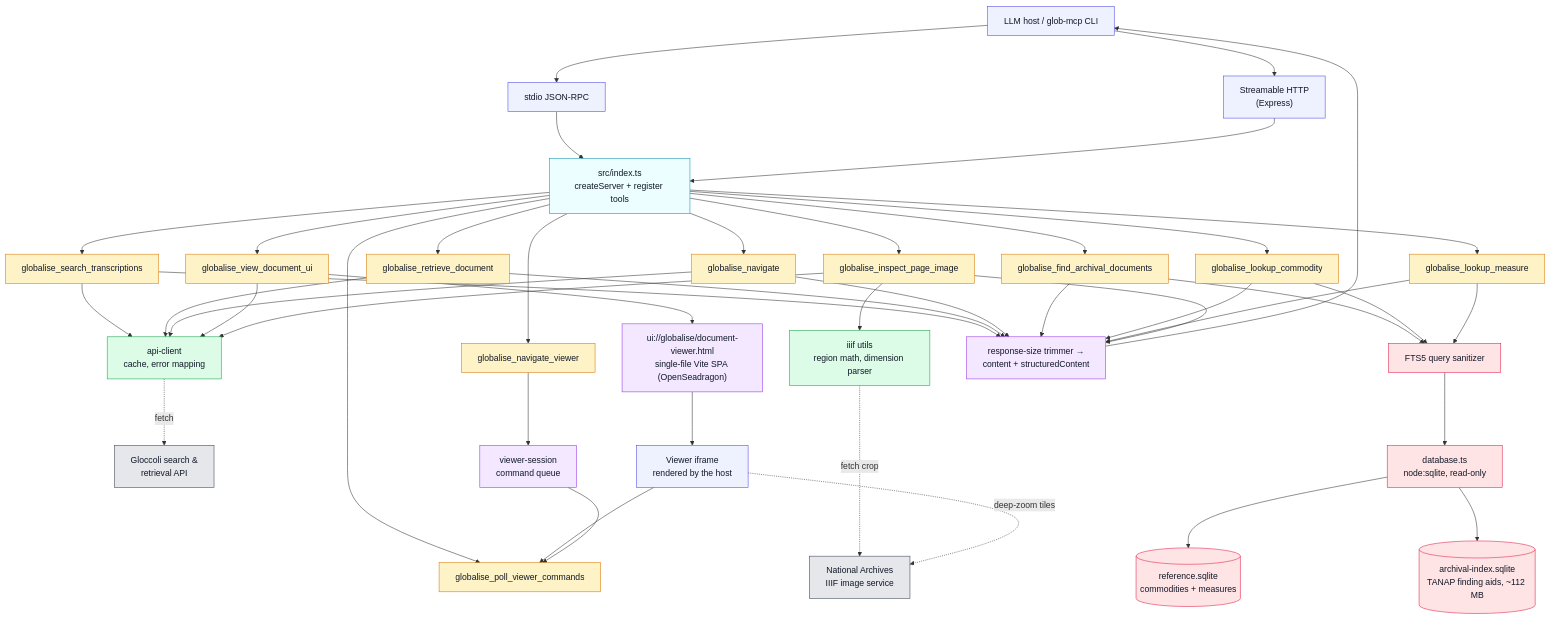
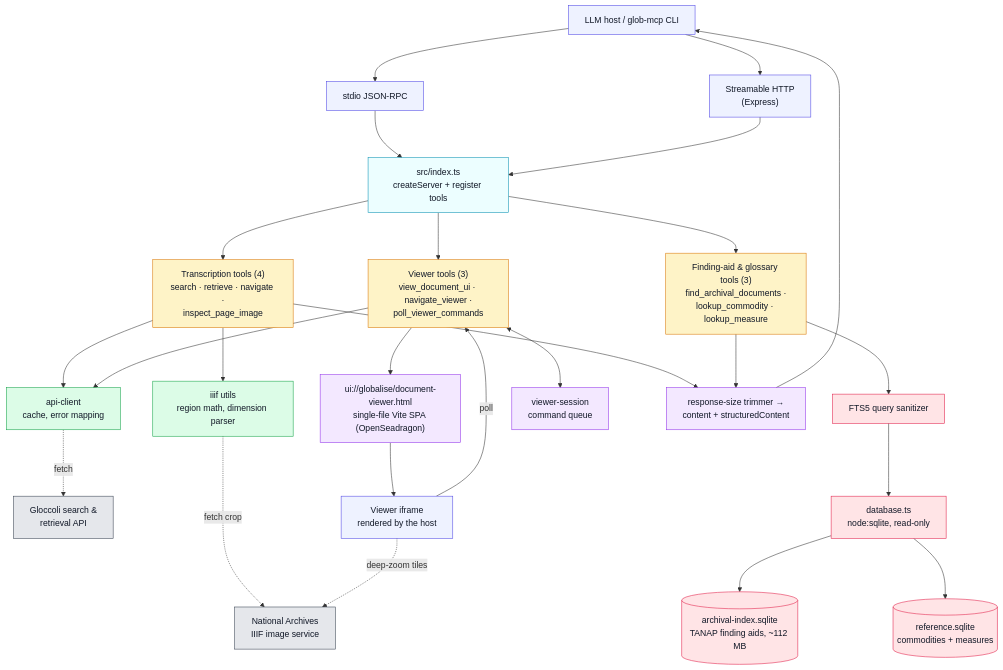
The diagram in globalise-mcp-server/README.md (kintopp/globalise-mcp), drawn with Mermaid before and after one commit.

Commit message:
docs: group the tools in the architecture diagram
Collapse the ten individual tool nodes in the README mermaid diagram into
three groups (transcription, finding-aid & glossary, viewer), which drops
the edge count from 29 to 17. Each group node keeps its member tool names
in the label, so nothing is lost; the downstream nodes (api-client, iiif
utils, FTS5/SQLite, UI resource, response trimmer) are unchanged.

The viewer group absorbs the T9 -> VS -> T10 reverse channel, which is now
a single double-headed edge to the viewer-session command queue.

Verified by rendering the block with mmdc: parses clean, all classDef
targets resolve.

````diff
--- a/globalise-mcp-server/README.md
+++ b/globalise-mcp-server/README.md
@@ -11,68 +11,50 @@
 ```mermaid
 %%{init: {"flowchart": {"rankSpacing": 75}}}%%
 flowchart TD
     A["LLM host / glob-mcp CLI"] --> B1["stdio JSON-RPC"]
     A --> B2["Streamable HTTP<br/>(Express)"]
     B1 --> C["src/index.ts<br/>createServer + register tools"]
     B2 --> C
 
-    C --> T1["globalise_search_transcriptions"]
-    C --> T2["globalise_retrieve_document"]
-    C --> T3["globalise_navigate"]
-    C --> T4["globalise_find_archival_documents"]
-    C --> T5["globalise_lookup_commodity"]
-    C --> T6["globalise_lookup_measure"]
-    C --> T7["globalise_view_document_ui"]
-    C --> T8["globalise_inspect_page_image"]
-    C --> T9["globalise_navigate_viewer"]
-    C --> T10["globalise_poll_viewer_commands"]
+    C --> G1["Transcription tools (4)<br/>search · retrieve · navigate ·<br/>inspect_page_image"]
+    C --> G2["Finding-aid & glossary tools (3)<br/>find_archival_documents ·<br/>lookup_commodity · lookup_measure"]
+    C --> G3["Viewer tools (3)<br/>view_document_ui · navigate_viewer ·<br/>poll_viewer_commands"]
 
-    T1 --> GC["api-client<br/>cache, error mapping"]
-    T2 --> GC
-    T3 --> GC
-    T7 --> GC
-    T8 --> GC
+    G1 --> GC["api-client<br/>cache, error mapping"]
+    G3 --> GC
     GC -. "fetch" .-> GLO["Gloccoli search &<br/>retrieval API"]
 
-    T4 --> FTS["FTS5 query sanitizer"]
-    T5 --> FTS
-    T6 --> FTS
+    G2 --> FTS["FTS5 query sanitizer"]
     FTS --> DBU["database.ts<br/>node:sqlite, read-only"]
     DBU --> ARC[("archival-index.sqlite<br/>TANAP finding aids, ~112 MB")]
     DBU --> REF[("reference.sqlite<br/>commodities + measures")]
 
-    T8 --> IM["iiif utils<br/>region math, dimension parser"]
+    G1 --> IM["iiif utils<br/>region math, dimension parser"]
     IM -. "fetch crop" .-> IIIF["National Archives<br/>IIIF image service"]
 
-    T7 --> UI["ui://globalise/document-viewer.html<br/>single-file Vite SPA (OpenSeadragon)"]
+    G3 --> UI["ui://globalise/document-viewer.html<br/>single-file Vite SPA (OpenSeadragon)"]
     UI --> V["Viewer iframe<br/>rendered by the host"]
     V -. "deep-zoom tiles" .-> IIIF
-    V --> T10
-    T9 --> VS["viewer-session<br/>command queue"]
-    VS --> T10
+    V -- "poll" --> G3
+    G3 <--> VS["viewer-session<br/>command queue"]
 
-    T1 --> O["response-size trimmer →<br/>content + structuredContent"]
-    T2 --> O
-    T3 --> O
-    T4 --> O
-    T5 --> O
-    T6 --> O
-    T8 --> O
+    G1 --> O["response-size trimmer →<br/>content + structuredContent"]
+    G2 --> O
     O --> A
 
     classDef client fill:#eef2ff,stroke:#4f46e5,color:#111827;
     classDef server fill:#ecfeff,stroke:#0891b2,color:#111827;
     classDef tools fill:#fef3c7,stroke:#d97706,color:#111827;
     classDef wrapper fill:#f3e8ff,stroke:#9333ea,color:#111827;
     classDef api fill:#dcfce7,stroke:#16a34a,color:#111827;
     classDef data fill:#ffe4e6,stroke:#e11d48,color:#111827;
     classDef backend fill:#e5e7eb,stroke:#374151,color:#111827;
 
     class A,B1,B2,V client;
     class C server;
-    class T1,T2,T3,T4,T5,T6,T7,T8,T9,T10 tools;
+    class G1,G2,G3 tools;
     class VS,O,UI wrapper;
     class GC,IM api;
     class FTS,DBU,ARC,REF data;
     class GLO,IIIF backend;
 ```
````
